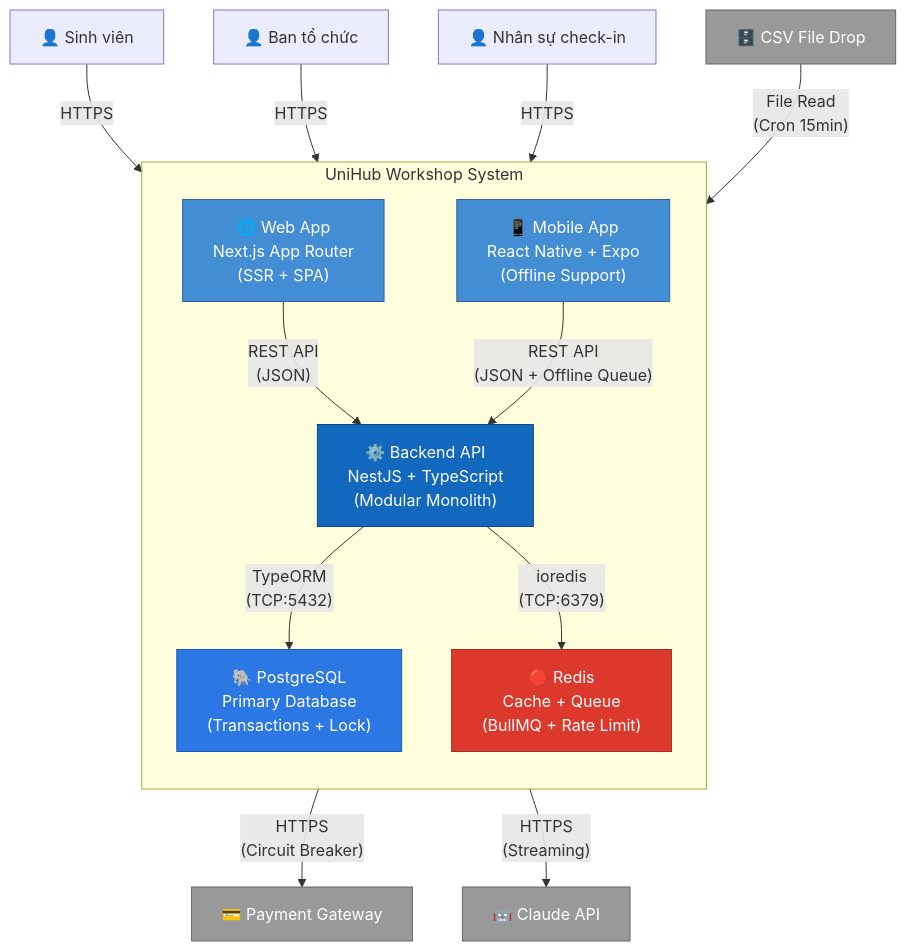
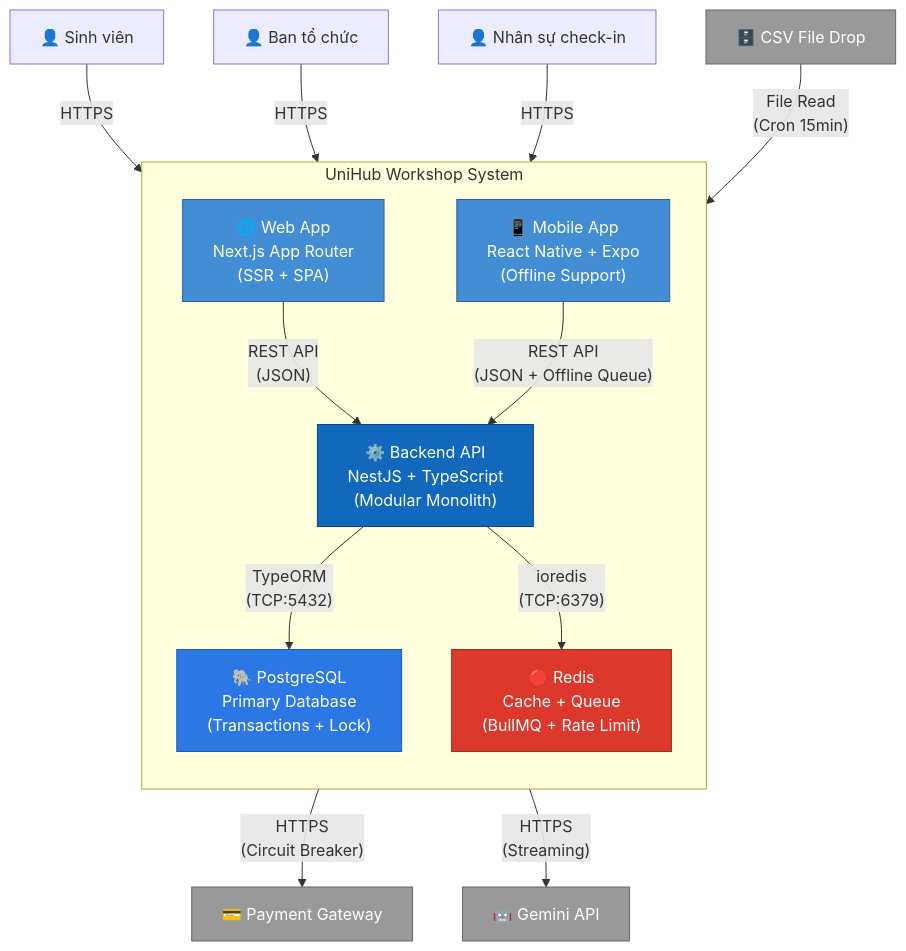
Before and after one commit to TMQ2k/UniHub-Workshop: the second of 6 diagrams in blueprint/design.md, drawn with Mermaid. The commit also changed other lines of this file and 10 other files, not shown here.

````diff
--- a/blueprint/design.md
+++ b/blueprint/design.md
@@ -79,43 +79,43 @@
 ```mermaid
 graph TB
     SV["👤 Sinh viên"]
     BTC["👤 Ban tổ chức"]
     STAFF["👤 Nhân sự check-in"]
 
     subgraph boundary ["UniHub Workshop System"]
         direction TB
 
         WEB["🌐 Web App<br/>Next.js App Router<br/>(SSR + SPA)"]
         MOBILE["📱 Mobile App<br/>React Native + Expo<br/>(Offline Support)"]
         API["⚙️ Backend API<br/>NestJS + TypeScript<br/>(Modular Monolith)"]
         PG["🐘 PostgreSQL<br/>Primary Database<br/>(Transactions + Lock)"]
         REDIS["🔴 Redis<br/>Cache + Queue<br/>(BullMQ + Rate Limit)"]
     end
 
     PAY["💳 Payment Gateway"]
-    AI["🤖 Claude API"]
+    AI["🤖 Gemini API"]
     CSV["🗄️ CSV File Drop"]
 
     SV -- "HTTPS" --> WEB
     BTC -- "HTTPS" --> WEB
     STAFF -- "HTTPS" --> MOBILE
 
     WEB -- "REST API<br/>(JSON)" --> API
     MOBILE -- "REST API<br/>(JSON + Offline Queue)" --> API
 
     API -- "TypeORM<br/>(TCP:5432)" --> PG
     API -- "ioredis<br/>(TCP:6379)" --> REDIS
 
     API -- "HTTPS<br/>(Circuit Breaker)" --> PAY
     API -- "HTTPS<br/>(Streaming)" --> AI
     CSV -- "File Read<br/>(Cron 15min)" --> API
 
     style WEB fill:#438dd5,stroke:#2e6295,color:#fff
     style MOBILE fill:#438dd5,stroke:#2e6295,color:#fff
     style API fill:#1168bd,stroke:#0b4884,color:#fff
     style PG fill:#2b78e4,stroke:#1a5ab6,color:#fff
     style REDIS fill:#dc382c,stroke:#a52a20,color:#fff
     style PAY fill:#999,stroke:#666,color:#fff
     style AI fill:#999,stroke:#666,color:#fff
     style CSV fill:#999,stroke:#666,color:#fff
 ```
````
